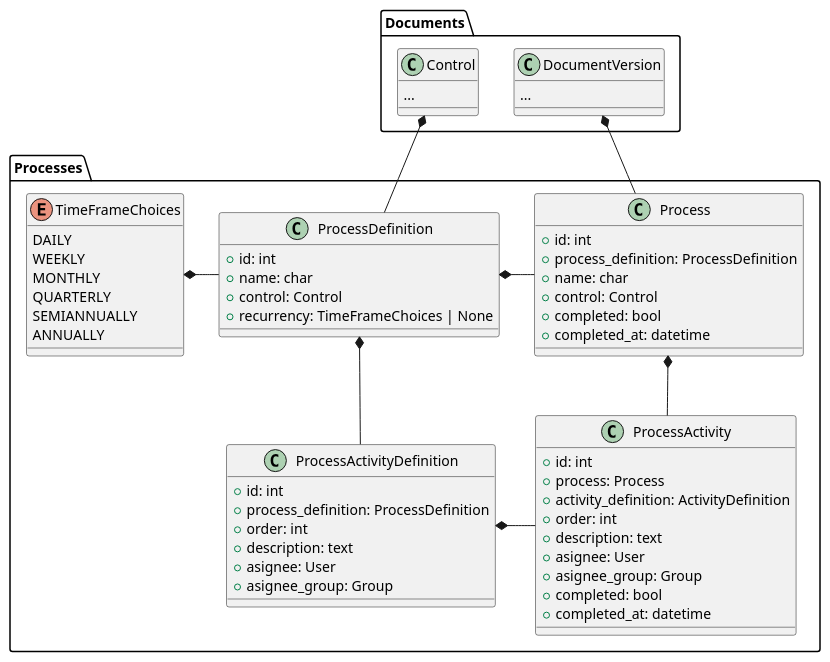
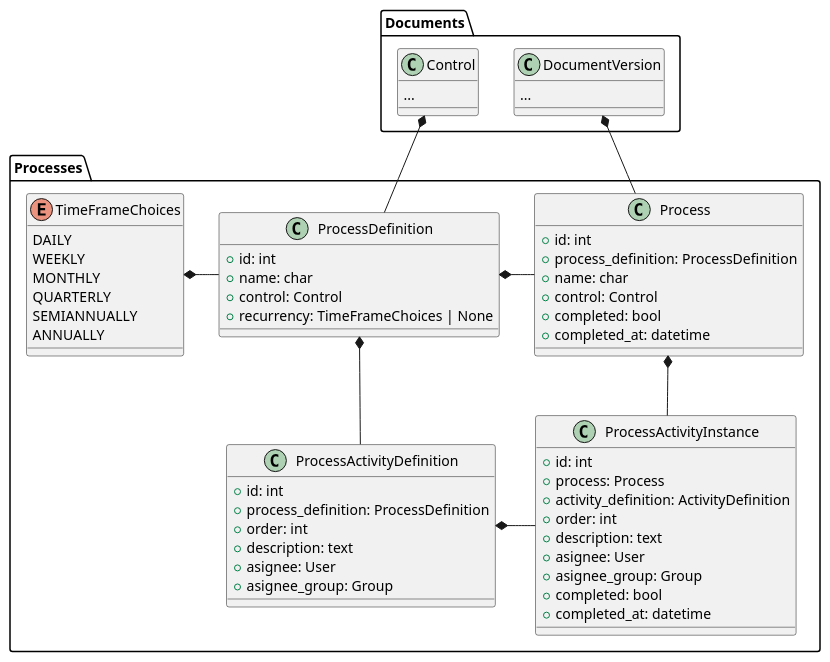
The fourth of 4 diagrams in docs/rfc/InitialModellingRFC.md (Gabo-araya/sgsi_ext), drawn with PlantUML before and after one commit. The commit also changed other lines of this file and 11 other files, not shown here.

Commit message:
feat: rename ProcessActivity to ProcessActivityInstance

````diff
--- a/docs/rfc/InitialModellingRFC.md
+++ b/docs/rfc/InitialModellingRFC.md
@@ -187,62 +187,62 @@
 ```plantuml
 package Processes {
     class ProcessDefinition {
         + id: int
         + name: char
         + control: Control
         + recurrency: TimeFrameChoices | None
     }
     class Process {
         + id: int
         + process_definition: ProcessDefinition
         + name: char
         + control: Control
         + completed: bool
         + completed_at: datetime
     }
     class ProcessActivityDefinition {
         + id: int
         + process_definition: ProcessDefinition
         + order: int
         + description: text
         + asignee: User
         + asignee_group: Group
     }
-    class ProcessActivity {
+    class ProcessActivityInstance {
         + id: int
         + process: Process
         + activity_definition: ActivityDefinition
         + order: int
         + description: text
         + asignee: User
         + asignee_group: Group
         + completed: bool
         + completed_at: datetime
     }
     enum TimeFrameChoices {
         DAILY
         WEEKLY
         MONTHLY
         QUARTERLY
         SEMIANNUALLY
         ANNUALLY
     }
 }
 
 class Documents.Control {
     ...
 }
 
 class Documents.DocumentVersion {
     ...
 }
 
 
 Processes.ProcessDefinition -up-* Documents.Control
 Processes.ProcessDefinition -left* Processes.TimeFrameChoices
 Processes.Process -up-* Documents.DocumentVersion
 Processes.Process -left* Processes.ProcessDefinition
 Processes.ProcessActivityDefinition --* Processes.ProcessDefinition
-Processes.ProcessActivity -* Processes.ProcessActivityDefinition
-Processes.ProcessActivity -up-* Processes.Process
+Processes.ProcessActivityInstance -* Processes.ProcessActivityDefinition
+Processes.ProcessActivityInstance -up-* Processes.Process
 ```
````
